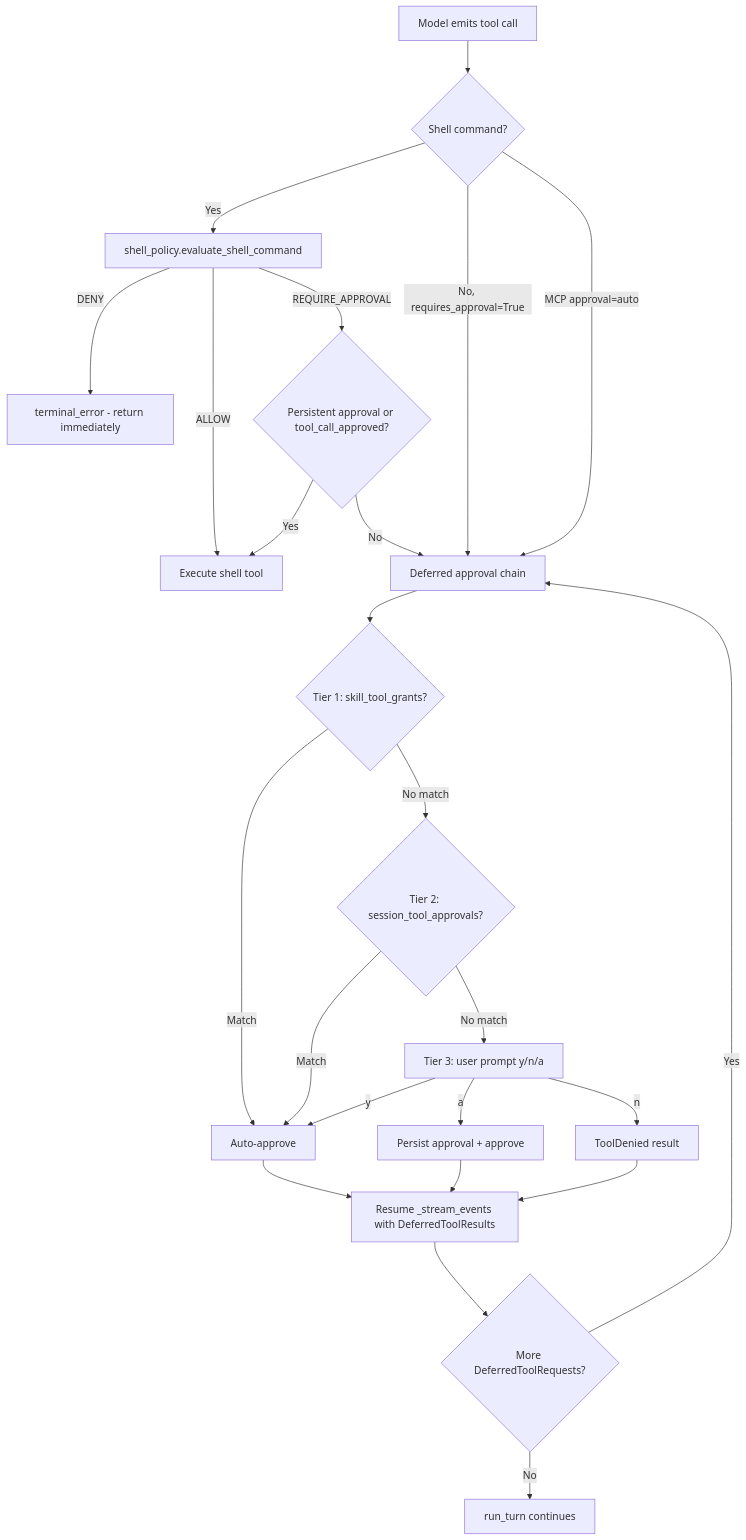
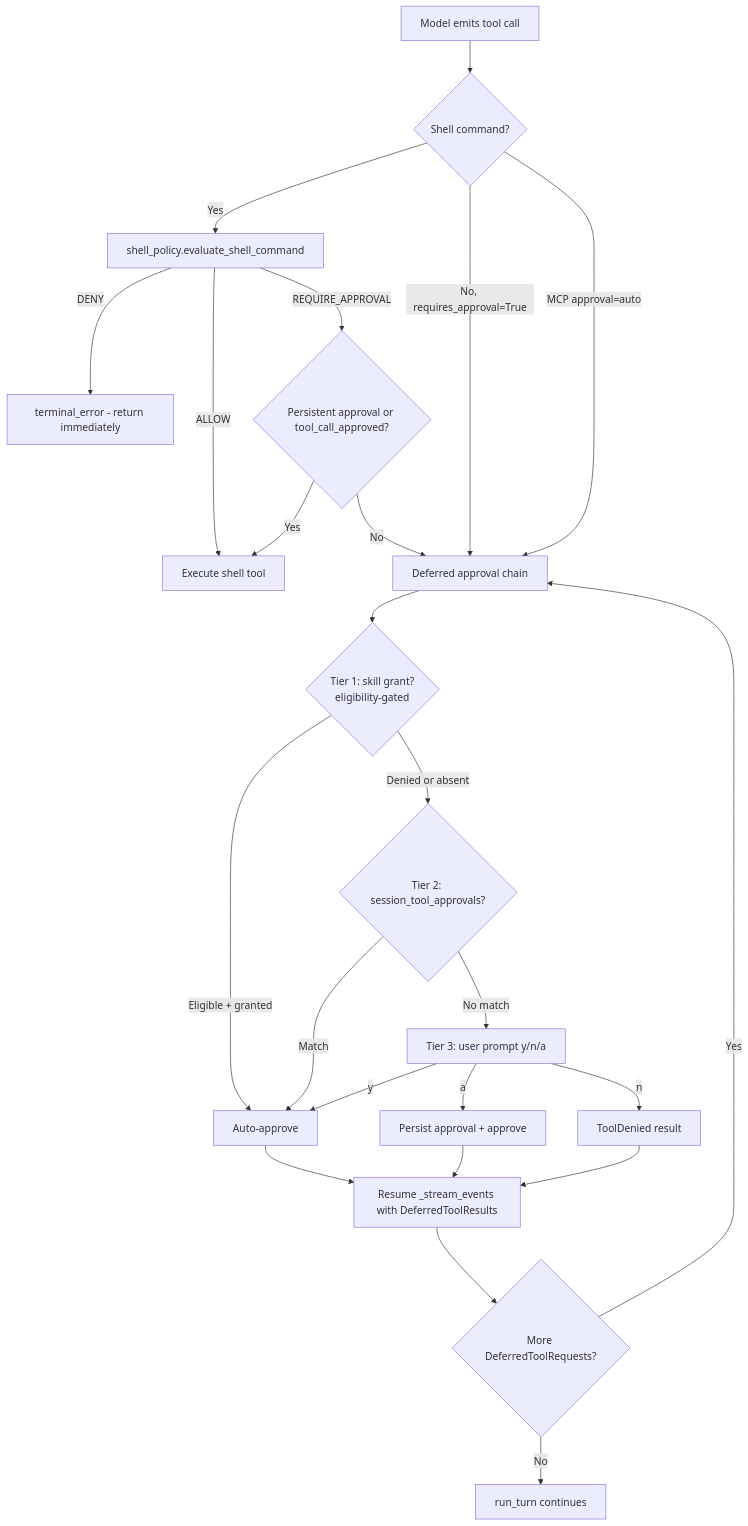
The third of 3 diagrams in docs/DESIGN-core-loop.md (binlecode/co-cli), drawn with Mermaid before and after one commit. The commit also changed other lines of this file and 26 other files, not shown here.

````diff
--- a/docs/DESIGN-core-loop.md
+++ b/docs/DESIGN-core-loop.md
@@ -142,26 +142,26 @@
 ```mermaid
 flowchart TD
     A[Model emits tool call] --> B{Shell command?}
     B -->|Yes| C[shell_policy.evaluate_shell_command]
     C -->|DENY| D[terminal_error - return immediately]
     C -->|ALLOW| E[Execute shell tool]
     C -->|REQUIRE_APPROVAL| P{Persistent approval or tool_call_approved?}
     P -->|Yes| E
     P -->|No| F[Deferred approval chain]
     B -->|No, requires_approval=True| F
     B -->|MCP approval=auto| F
-    F --> G{Tier 1: skill_tool_grants?}
-    G -->|Match| H[Auto-approve]
-    G -->|No match| I{Tier 2: session_tool_approvals?}
+    F --> G{Tier 1: skill grant?<br/>eligibility-gated}
+    G -->|Eligible + granted| H[Auto-approve]
+    G -->|Denied or absent| I{Tier 2: session_tool_approvals?}
     I -->|Match| H
     I -->|No match| L[Tier 3: user prompt y/n/a]
     L -->|y| H
     L -->|a| M[Persist approval + approve]
     L -->|n| N[ToolDenied result]
     H --> O[Resume _stream_events with DeferredToolResults]
     M --> O
     N --> O
     O --> Q{More DeferredToolRequests?}
     Q -->|Yes| F
     Q -->|No| R[run_turn continues]
 ```
````
